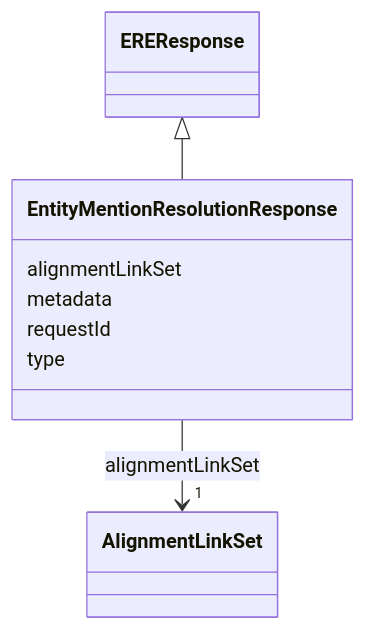
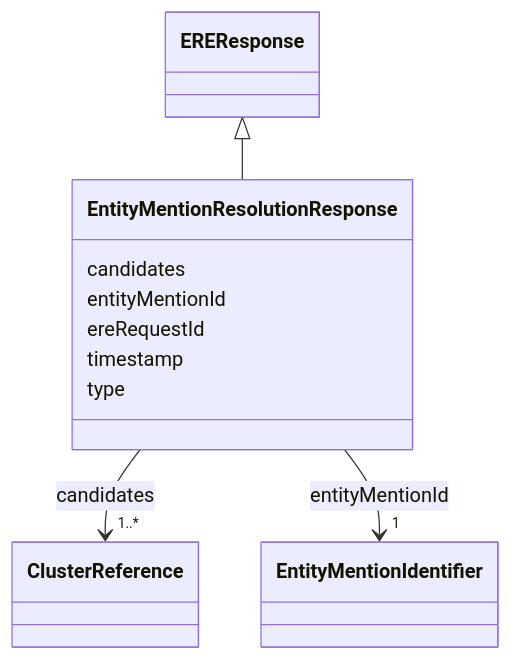
One commit to OP-TED/entity-resolution-spec changed the diagram in docs/schema/EntityMentionResolutionResponse.md. Above: the diagram before and after it, drawn with Mermaid. The commit also changed other lines of this file and 46 other files, not shown here.

````diff
--- a/docs/schema/EntityMentionResolutionResponse.md
+++ b/docs/schema/EntityMentionResolutionResponse.md
@@ -24,26 +34,37 @@
 ```mermaid
  classDiagram
     class EntityMentionResolutionResponse
     click EntityMentionResolutionResponse href "../EntityMentionResolutionResponse/"
       EREResponse <|-- EntityMentionResolutionResponse
         click EREResponse href "../EREResponse/"
       
-      EntityMentionResolutionResponse : alignmentLinkSet
+      EntityMentionResolutionResponse : candidates
         
           
     
         
         
-        EntityMentionResolutionResponse --> "1" AlignmentLinkSet : alignmentLinkSet
-        click AlignmentLinkSet href "../AlignmentLinkSet/"
+        EntityMentionResolutionResponse --> "1..*" ClusterReference : candidates
+        click ClusterReference href "../ClusterReference/"
     
 
         
-      EntityMentionResolutionResponse : metadata
+      EntityMentionResolutionResponse : entityMentionId
         
-      EntityMentionResolutionResponse : requestId
+          
+    
+        
+        
+        EntityMentionResolutionResponse --> "1" EntityMentionIdentifier : entityMentionId
+        click EntityMentionIdentifier href "../EntityMentionIdentifier/"
+    
+
+        
+      EntityMentionResolutionResponse : ereRequestId
+        
+      EntityMentionResolutionResponse : timestamp
         
       EntityMentionResolutionResponse : type
         
       
 ```
````
